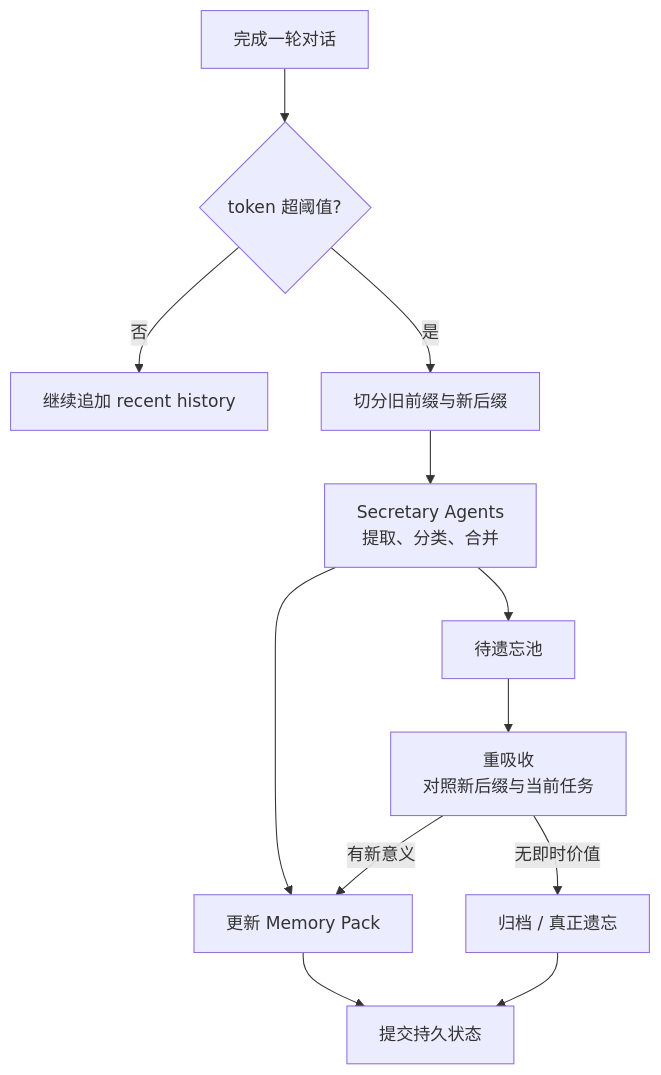
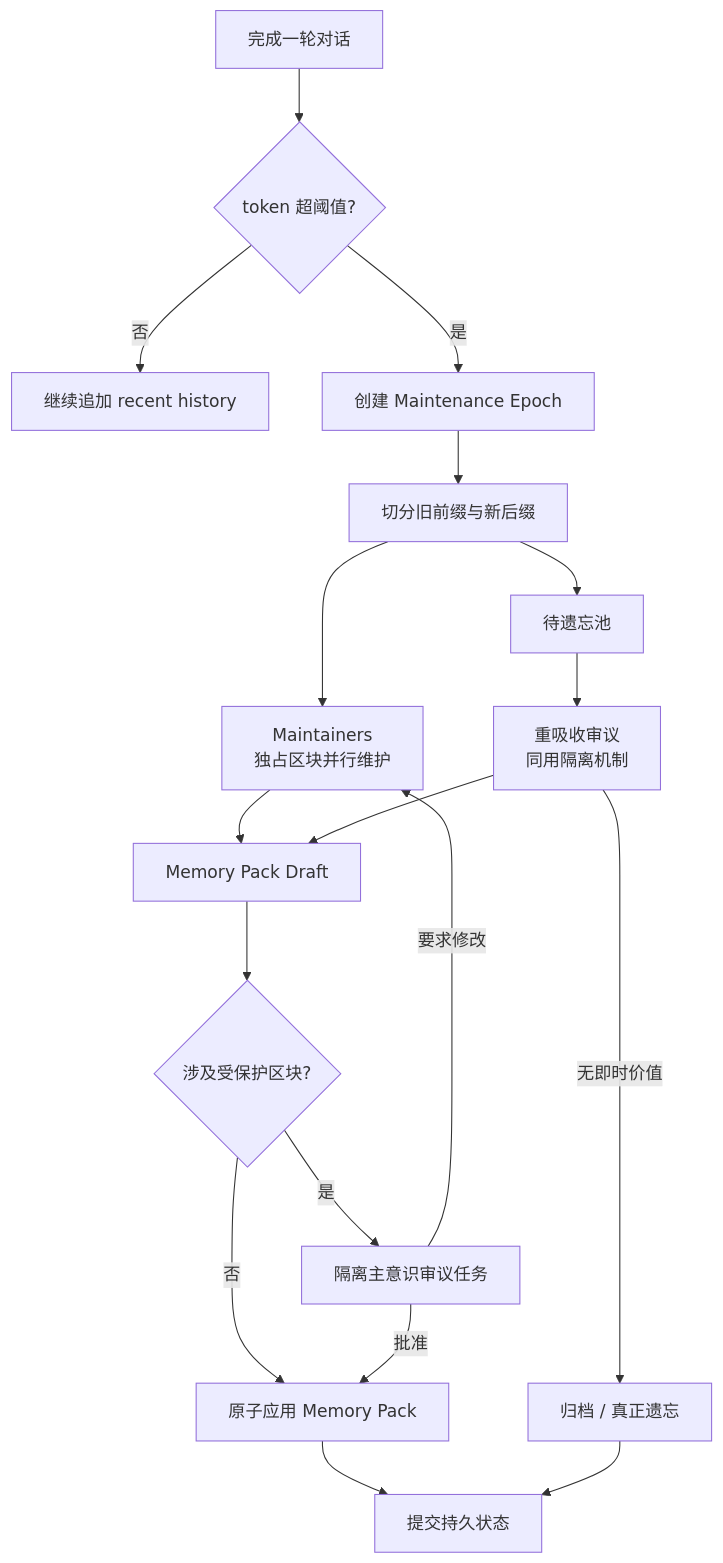
Before and after one commit to Atelia-org/atelia: the second of 2 diagrams in docs/Galatea/mem-agents.md, drawn with Mermaid. The commit also changed other lines of this file and 1 other file, not shown here.

````diff
--- a/docs/Galatea/mem-agents.md
+++ b/docs/Galatea/mem-agents.md
@@ -72,14 +73,20 @@
 ```mermaid
 flowchart TD
 		Turn[完成一轮对话] --> Check{token 超阈值?}
 		Check -- 否 --> Continue[继续追加 recent history]
-		Check -- 是 --> Split[切分旧前缀与新后缀]
-		Split --> Extract[Secretary Agents\n提取、分类、合并]
-		Extract --> Pack[更新 Memory Pack]
-		Extract --> ForgetPool[待遗忘池]
-		ForgetPool --> Reabsorb[重吸收\n对照新后缀与当前任务]
-		Reabsorb -->|有新意义| Pack
+		Check -- 是 --> Epoch[创建 Maintenance Epoch]
+		Epoch --> Split[切分旧前缀与新后缀]
+		Split --> Extract[Maintainers\n独占区块并行维护]
+		Extract --> Draft[Memory Pack Draft]
+		Draft --> Review{涉及受保护区块?}
+		Review -- 否 --> Apply[原子应用 Memory Pack]
+		Review -- 是 --> Conscious[隔离主意识审议任务]
+		Conscious -->|批准| Apply
+		Conscious -->|要求修改| Extract
+		Split --> ForgetPool[待遗忘池]
+		ForgetPool --> Reabsorb[重吸收审议\n同用隔离机制]
+		Reabsorb --> Draft
 		Reabsorb -->|无即时价值| Archive[归档 / 真正遗忘]
-		Pack --> Commit[提交持久状态]
+		Apply --> Commit[提交持久状态]
 		Archive --> Commit
 ```
````
